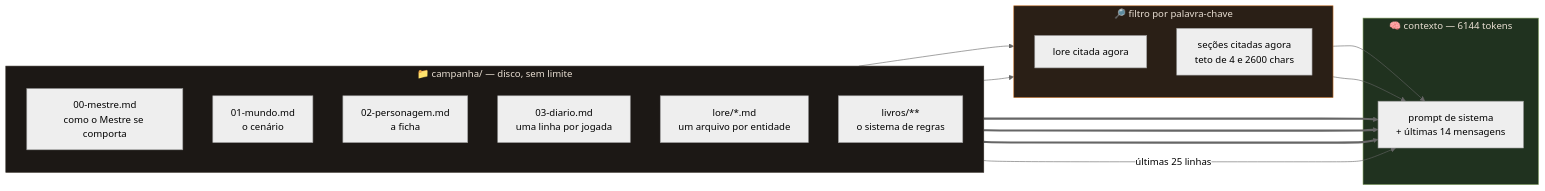
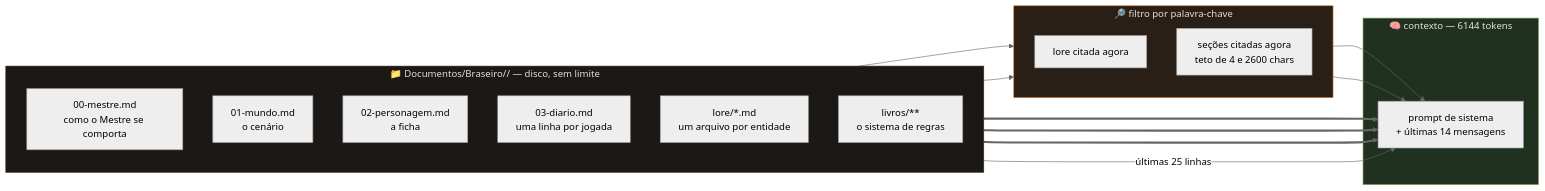
The second of 3 diagrams in README.md (madeiragab/braseiro), drawn with Mermaid (neutral theme) before and after one commit. The commit also changed other lines of this file and 15 other files, not shown here.

````diff
--- a/README.md
+++ b/README.md
@@ -85,33 +85,33 @@
 ```mermaid
 flowchart LR
-    subgraph disco["📁 campanha/ — disco, sem limite"]
+    subgraph disco["📁 Documentos/Braseiro/<campanha>/ — disco, sem limite"]
         direction TB
         M["00-mestre.md<br/>como o Mestre se comporta"]
         W["01-mundo.md<br/>o cenário"]
         P["02-personagem.md<br/>a ficha"]
         D["03-diario.md<br/>uma linha por jogada"]
         L["lore/*.md<br/>um arquivo por entidade"]
         B["livros/**<br/>o sistema de regras"]
     end
 
     subgraph filtro["🔎 filtro por palavra-chave"]
         direction TB
         F1["lore citada agora"]
         F2["seções citadas agora<br/>teto de 4 e 2600 chars"]
     end
 
     subgraph ctx["🧠 contexto — 6144 tokens"]
         C["prompt de sistema<br/>+ últimas 14 mensagens"]
     end
 
     M ==> C
     W ==> C
     P ==> C
     D -- "últimas 25 linhas" --> C
     L --> F1 --> C
     B --> F2 --> C
 
     style disco fill:#1c1815,stroke:#332c26,color:#e8ded2
     style filtro fill:#2a1f16,stroke:#c9762f,color:#e8ded2
     style ctx fill:#20321f,stroke:#7d9a5e,color:#e8ded2
 ```
````
